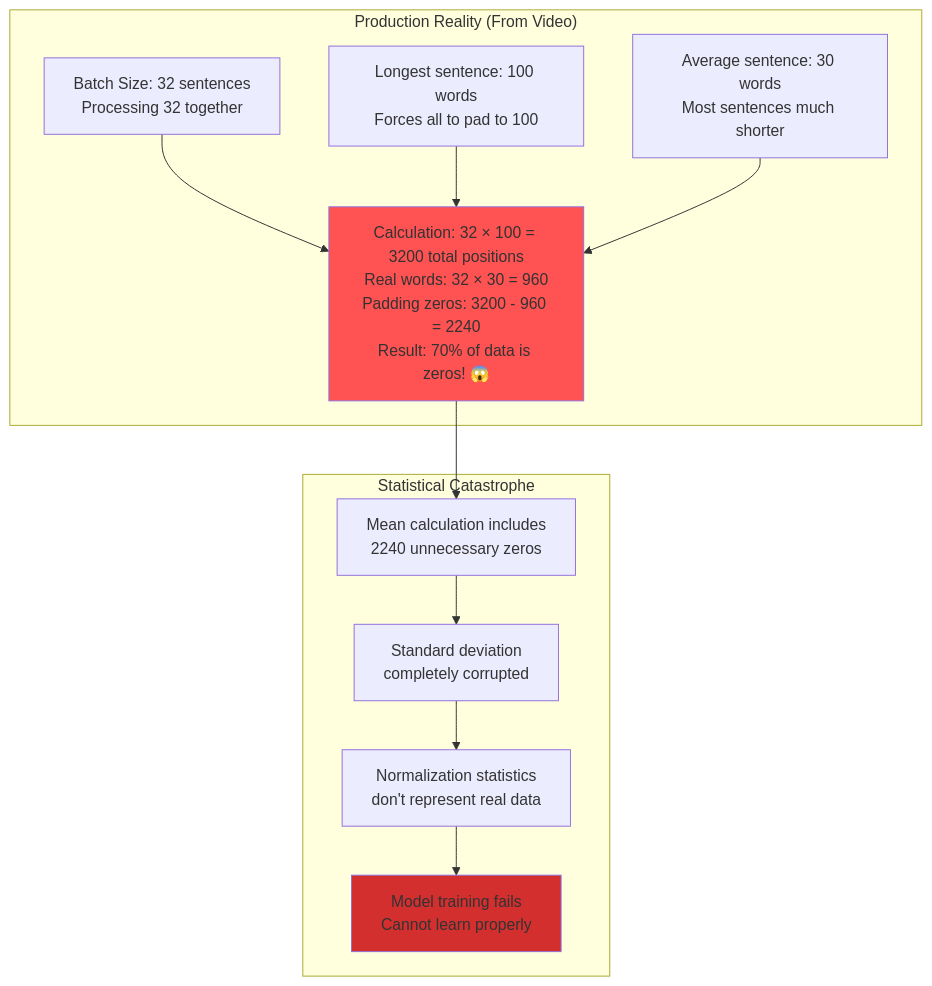
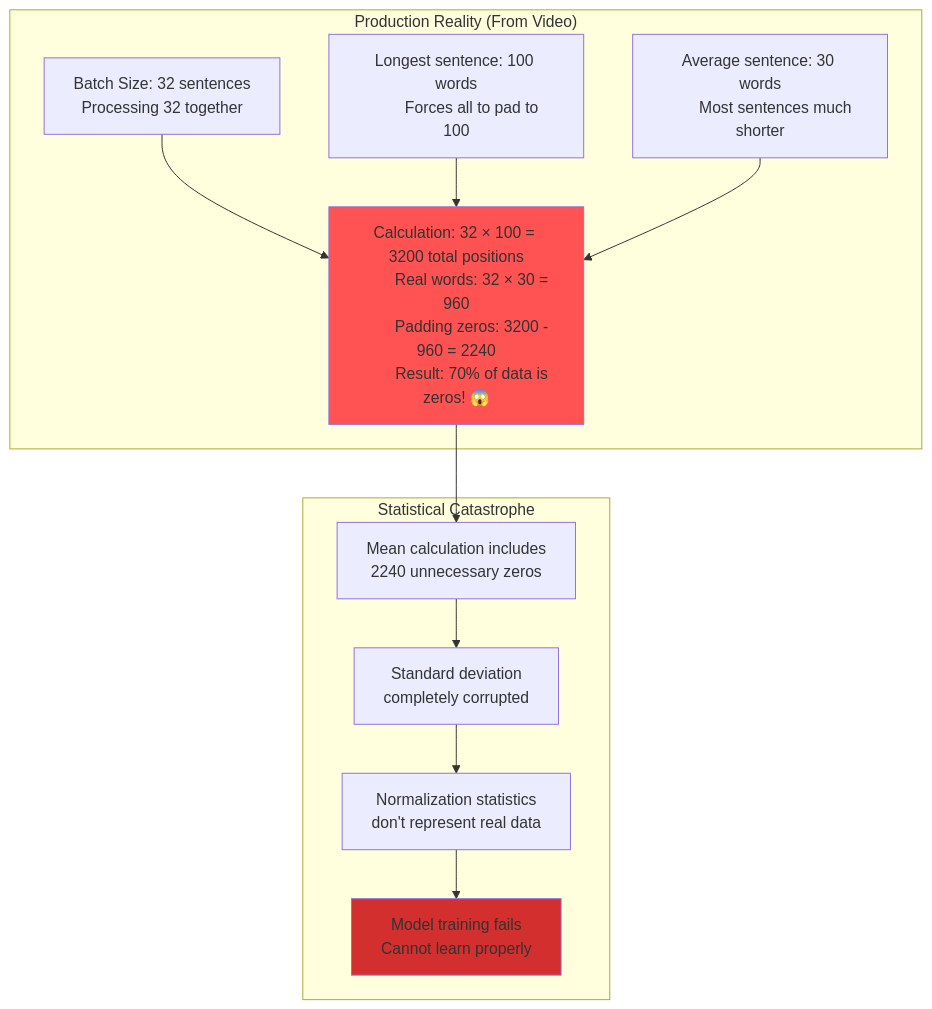
One commit to Sankhyesh/AI-Learning-Roadmap-2024 changed diagram 17 of 26 in CampusX/100-days-deep-learning/79-layer-normalization-in-transformers.md. Above: the diagram before and after it, drawn with Mermaid. The commit also changed other lines of this file, not shown here.

Commit message:
feat: Enhance normalization documentation with clearer mermaid diagrams and explanations

````diff
--- a/CampusX/100-days-deep-learning/79-layer-normalization-in-transformers.md
+++ b/CampusX/100-days-deep-learning/79-layer-normalization-in-transformers.md
@@ -431,24 +633,34 @@
 ```mermaid
 graph TD
     subgraph "Production Reality (From Video)"
-        A[Batch Size: 32 sentences<br/>Processing 32 together]
-        B[Longest sentence: 100 words<br/>Forces all to pad to 100]
-        C[Average sentence: 30 words<br/>Most sentences much shorter]
-        D[Calculation: 32 × 100 = 3200 total positions<br/>Real words: 32 × 30 = 960<br/>Padding zeros: 3200 - 960 = 2240<br/>Result: 70% of data is zeros! 😱]
+        A["Batch Size: 32 sentences
+        Processing 32 together"]
+        B["Longest sentence: 100 words
+        Forces all to pad to 100"]
+        C["Average sentence: 30 words
+        Most sentences much shorter"]
+        D["Calculation: 32 × 100 = 3200 total positions
+        Real words: 32 × 30 = 960
+        Padding zeros: 3200 - 960 = 2240
+        Result: 70% of data is zeros! 😱"]
     end
     
     subgraph "Statistical Catastrophe"
-        E[Mean calculation includes<br/>2240 unnecessary zeros]
-        F[Standard deviation<br/>completely corrupted]
-        G[Normalization statistics<br/>don't represent real data]
-        H[Model training fails<br/>Cannot learn properly]
+        E["Mean calculation includes
+        2240 unnecessary zeros"]
+        F["Standard deviation
+        completely corrupted"]
+        G["Normalization statistics
+        don't represent real data"]
+        H["Model training fails
+        Cannot learn properly"]
     end
     
     A --> D
     B --> D
     C --> D
     D --> E --> F --> G --> H
     
     style D fill:#ff5252
     style H fill:#d32f2f
 ```
````
